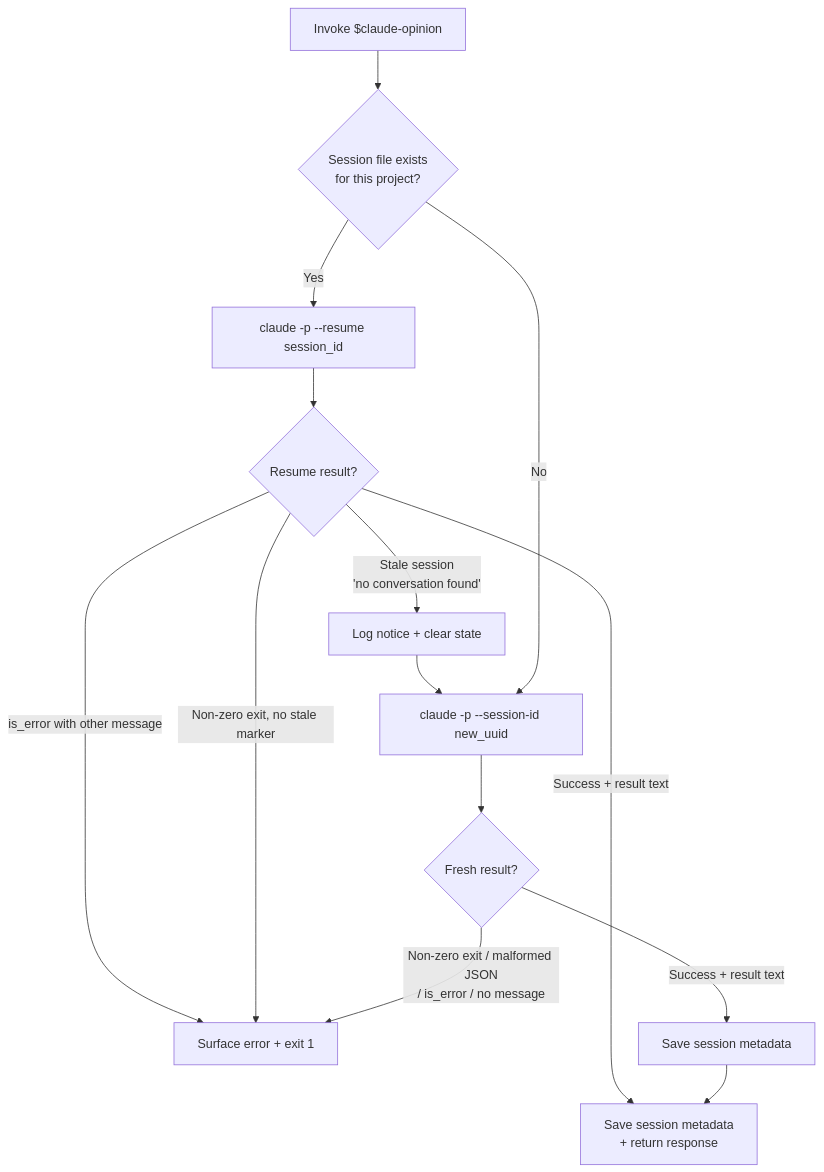
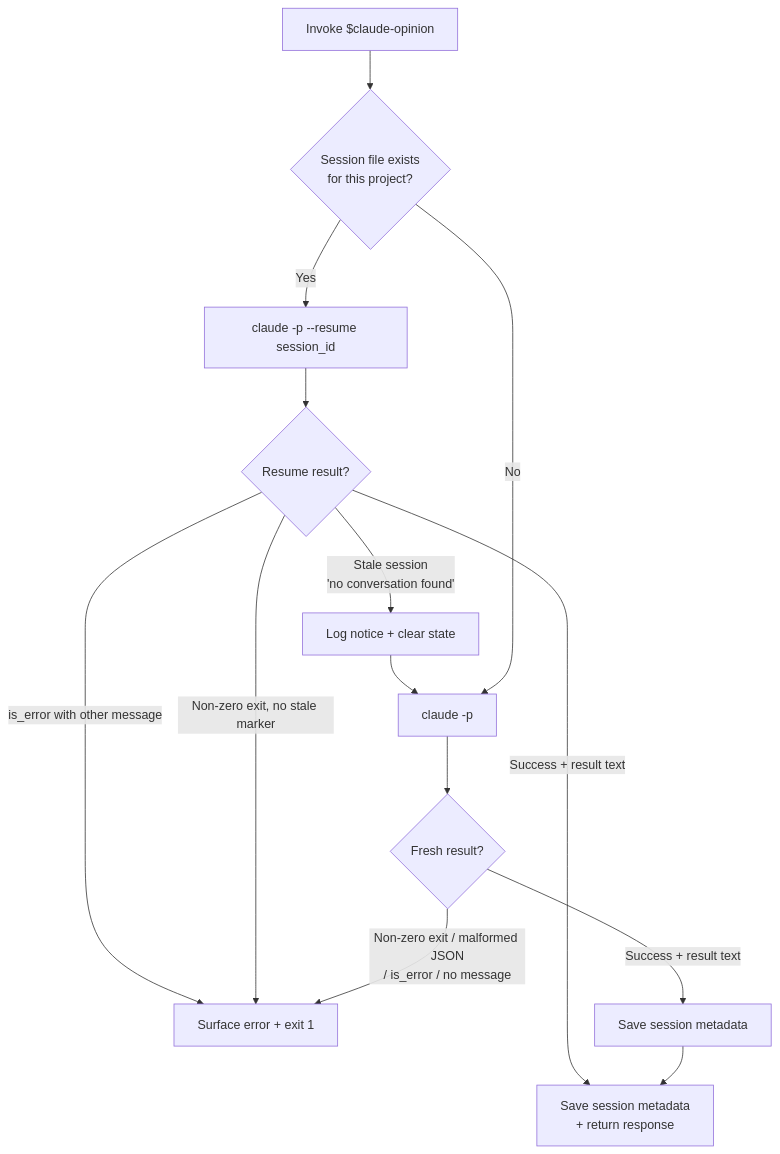
The first of 2 diagrams in DESIGN.md (ehzawad/claude-opinion), drawn with Mermaid before and after one commit. The commit also changed other lines of this file and 3 other files, not shown here.

Commit message:
Fix fresh claude-opinion session handling

````diff
--- a/DESIGN.md
+++ b/DESIGN.md
@@ -15,16 +15,16 @@
 ```mermaid
 flowchart TD
     A[Invoke $claude-opinion] --> B{Session file exists<br/>for this project?}
     B -- Yes --> C[claude -p --resume session_id]
     C --> D{Resume result?}
     D -- Success + result text --> E[Save session metadata<br/>+ return response]
     D -- Stale session<br/>'no conversation found' --> F[Log notice + clear state]
     D -- is_error with other message --> X["Surface error + exit 1"]
     D -- Non-zero exit, no stale marker --> X
-    F --> G[claude -p --session-id new_uuid]
+    F --> G[claude -p]
     B -- No --> G
     G --> H{Fresh result?}
     H -- Success + result text --> I[Save session metadata]
     H -- Non-zero exit / malformed JSON<br/>/ is_error / no message --> X
     I --> E
 ```
````
